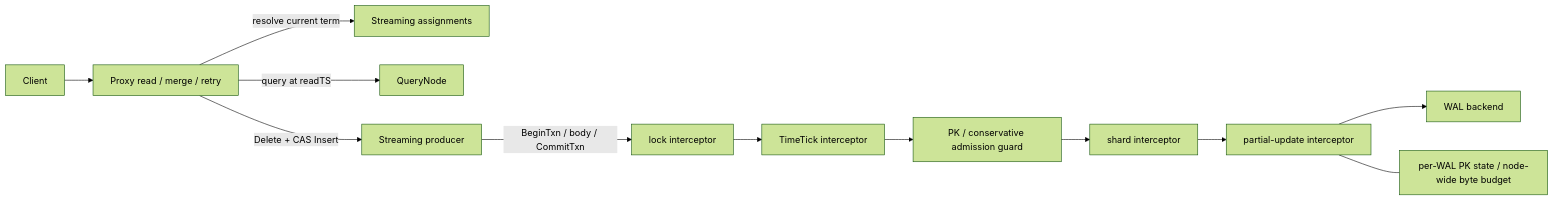
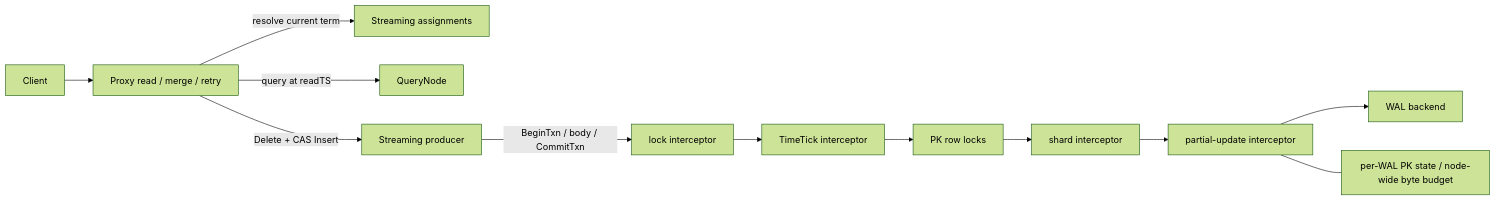
The first of 2 diagrams in docs/design-docs/design_docs/20260601-partial-update-optimistic-lock-design.md (milvus-io/milvus), drawn with Mermaid (forest theme) before and after one commit. The commit also changed other lines of this file and 19 other files, not shown here.

Commit message:
fix: restore transaction write sets and use PK row locks

````diff
--- a/docs/design-docs/design_docs/20260601-partial-update-optimistic-lock-design.md
+++ b/docs/design-docs/design_docs/20260601-partial-update-optimistic-lock-design.md
@@ -209,14 +212,14 @@
 ```mermaid
 flowchart LR
     Client[Client] --> Proxy[Proxy read / merge / retry]
     Proxy -->|resolve current term| Assignment[Streaming assignments]
     Proxy -->|query at readTS| QueryNode[QueryNode]
     Proxy -->|Delete + CAS Insert| Producer[Streaming producer]
     Producer -->|BeginTxn / body / CommitTxn| Lock[lock interceptor]
     Lock --> TimeTick[TimeTick interceptor]
-    TimeTick --> Guard[PK / conservative admission guard]
+    TimeTick --> Guard[PK row locks]
     Guard --> Shard[shard interceptor]
     Shard --> CAS[partial-update interceptor]
     CAS --> WAL[WAL backend]
     CAS --- Index[per-WAL PK state / node-wide byte budget]
 ```
````
